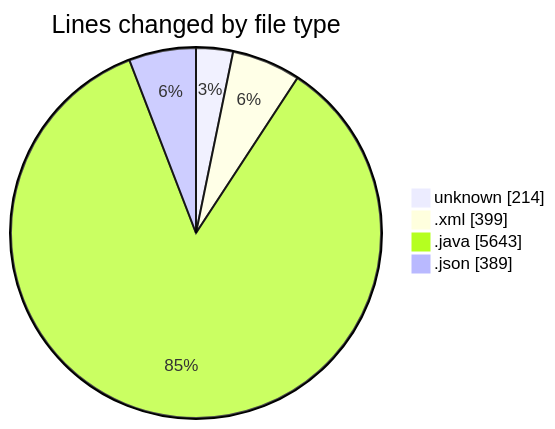
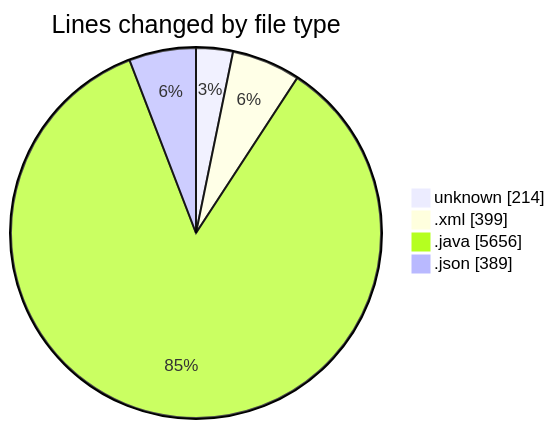
One commit to charlie-sans/code-tracking changed the first of 2 diagrams in 2025-02-24/micros/README.md. Above: the diagram before and after it, drawn with Mermaid. The commit also changed other lines of this file and 1 other file, not shown here.

````diff
--- a/2025-02-24/micros/README.md
+++ b/2025-02-24/micros/README.md
@@ -39,8 +39,8 @@
 ```mermaid
 pie showData
 title Lines changed by file type
 "unknown" : 214
 ".xml" : 399
-".java" : 5643
+".java" : 5656
 ".json" : 389
 ```
````
